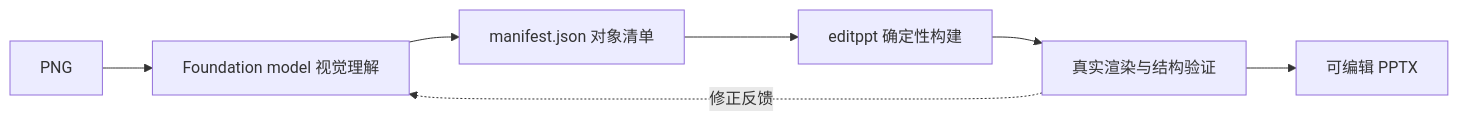
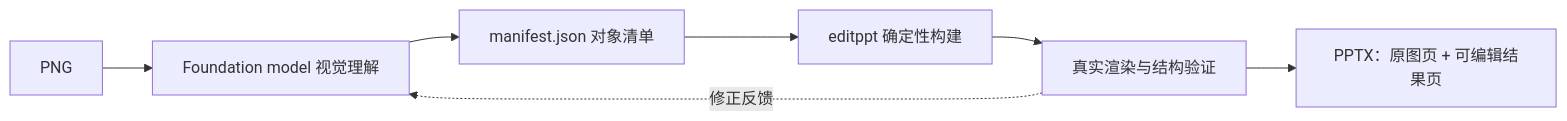
The diagram in README.md (a-green-hand-jack/image-to-editable-ppt-skill), drawn with Mermaid before and after one commit. The commit also changed other lines of this file and 27 other files, not shown here.

````diff
--- a/README.md
+++ b/README.md
@@ -31,9 +34,9 @@
 ```mermaid
 flowchart LR
     A[PNG] --> B[Foundation model 视觉理解]
     B --> C[manifest.json 对象清单]
     C --> D[editppt 确定性构建]
     D --> E[真实渲染与结构验证]
-    E --> F[可编辑 PPTX]
+    E --> F[PPTX：原图页 + 可编辑结果页]
     E -.修正反馈.-> B
 ```
````
